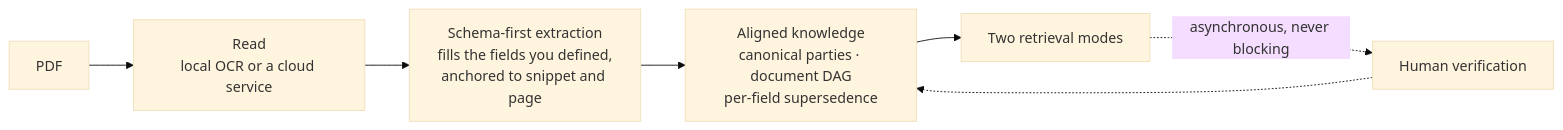
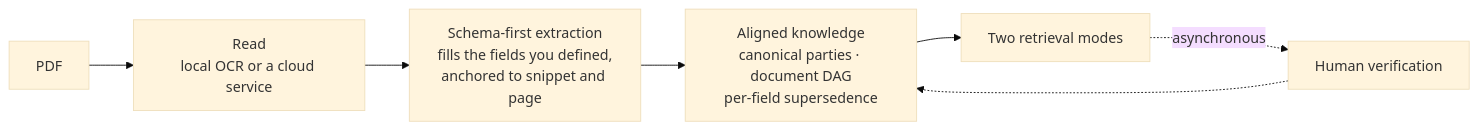
The diagram in README.md (awpbash/DIVA), drawn with Mermaid (base theme) before and after one commit. The commit also changed other lines of this file and 6 other files, not shown here.

````diff
--- a/README.md
+++ b/README.md
@@ -242,9 +209,9 @@
 ```mermaid
 flowchart LR
     PDF["PDF"] --> READ["Read<br/>local OCR or a cloud service"]
     READ --> FIELDS["Schema-first extraction<br/>fills the fields you defined,<br/>anchored to snippet and page"]
     FIELDS --> BUILD["Aligned knowledge<br/>canonical parties · document DAG<br/>per-field supersedence"]
     BUILD --> Q["Two retrieval modes"]
-    Q -.->|"asynchronous, never blocking"| HUMAN["Human verification"]
+    Q -.->|"asynchronous"| HUMAN["Human verification"]
     HUMAN -.-> BUILD
 ```
````
